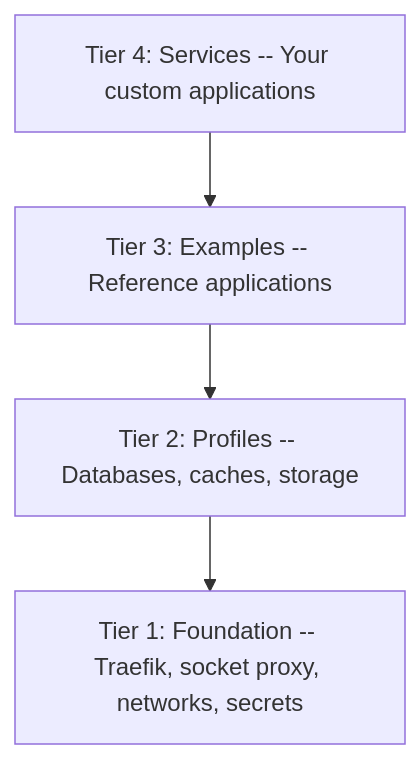
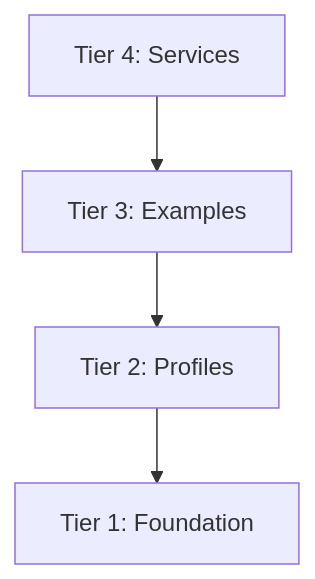
Before and after one commit to peermesh/docker-lab-docs: the first of 3 diagrams in docs/concepts.md, drawn with Mermaid. The commit also changed other lines of this file and 13 other files, not shown here.

First line of the commit message:
fix: improve diagram legibility and icon rendering

````diff
--- a/docs/concepts.md
+++ b/docs/concepts.md
@@ -28,11 +28,11 @@
 ```mermaid
 flowchart TB
-    Tier4["Tier 4: Services -- Your custom applications"]
-    Tier3["Tier 3: Examples -- Reference applications"]
-    Tier2["Tier 2: Profiles -- Databases, caches, storage"]
-    Tier1["Tier 1: Foundation -- Traefik, socket proxy, networks, secrets"]
+    Tier4["Tier 4: Services"]
+    Tier3["Tier 3: Examples"]
+    Tier2["Tier 2: Profiles"]
+    Tier1["Tier 1: Foundation"]
 
     Tier4 --> Tier3
     Tier3 --> Tier2
     Tier2 --> Tier1
 ```
````
